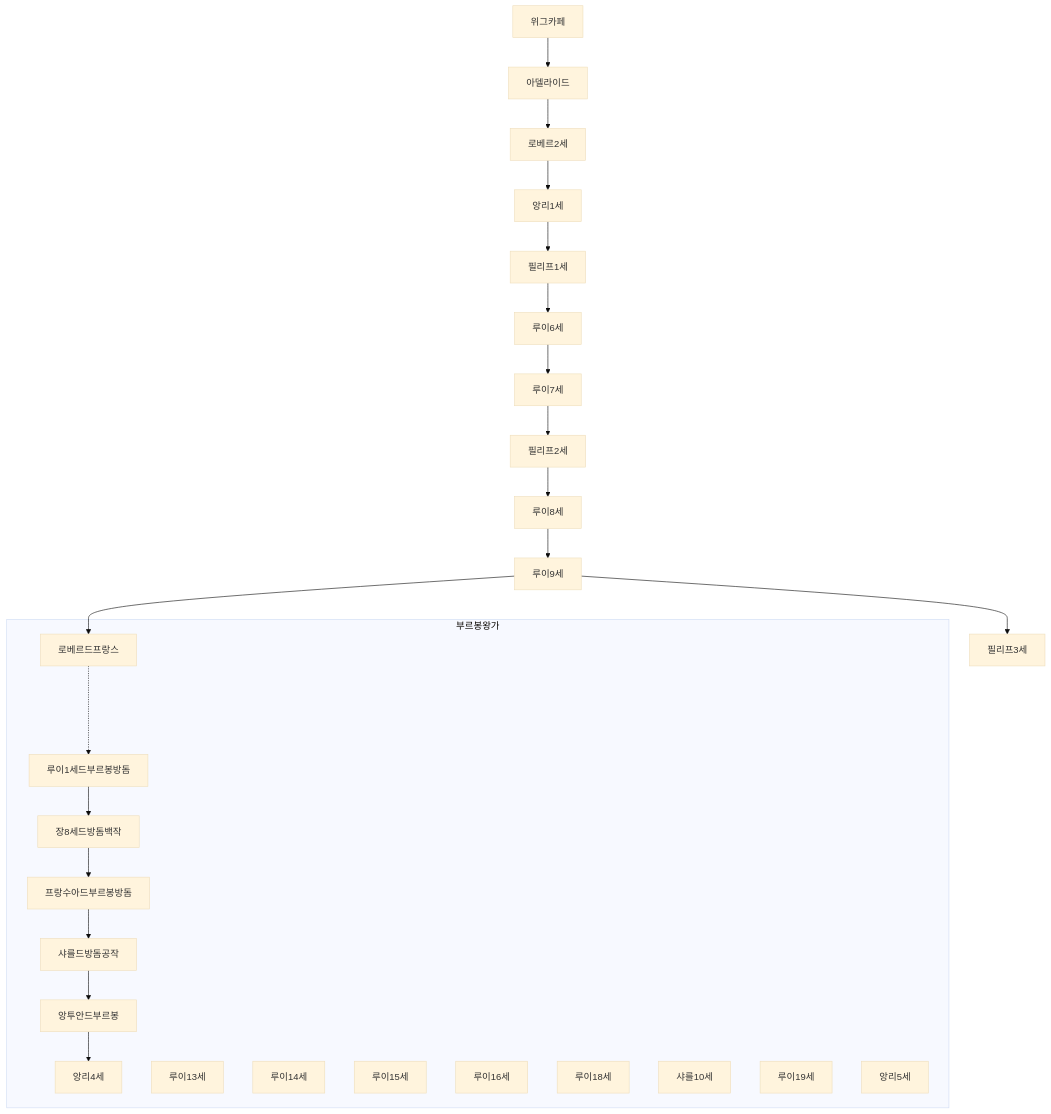
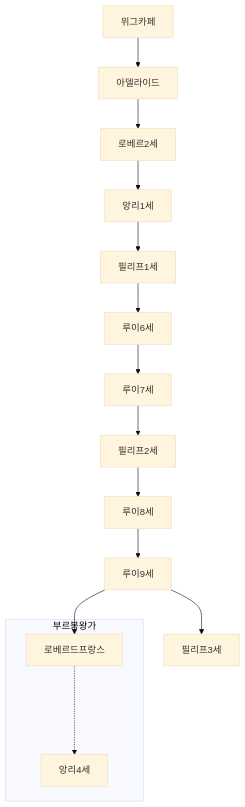
Before and after one commit to daewonyoon/historigram: the second of 2 diagrams in 세계사/프랑스카페본가.md, drawn with Mermaid (base theme). The commit also changed 2 other files, not shown here.

Commit message:
프랑스왕가, 위

````diff
--- a/세계사/프랑스카페본가.md
+++ b/세계사/프랑스카페본가.md
@@ -25,19 +25,11 @@
 ```mermaid
 graph TD
 
  위그카페 --> 아델라이드 --> 로베르2세 --> 앙리1세 --> 필리프1세 --> 루이6세 --> 루이7세 --> 필리프2세 --> 루이8세 --> 루이9세 --> 필리프3세 
  
  루이9세 --> 로베르드프랑스
 
  subgraph 부르봉왕가
-  로베르드프랑스 -...->   루이1세드부르봉방돔 --> 장8세드방돔백작 -->  프랑수아드부르봉방돔 --> 샤를드방돔공작 --> 앙투안드부르봉 --> 앙리4세
-  루이13세
-  루이14세
-  루이15세
-  루이16세
-  루이18세
-  샤를10세
-  루이19세
-  앙리5세
+  로베르드프랑스 -...-> 앙리4세
  end
 ```
````
